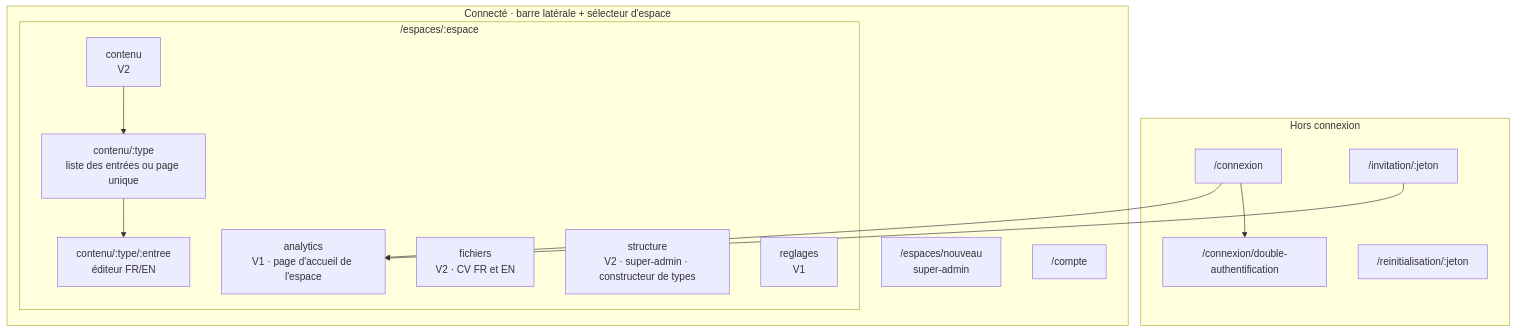
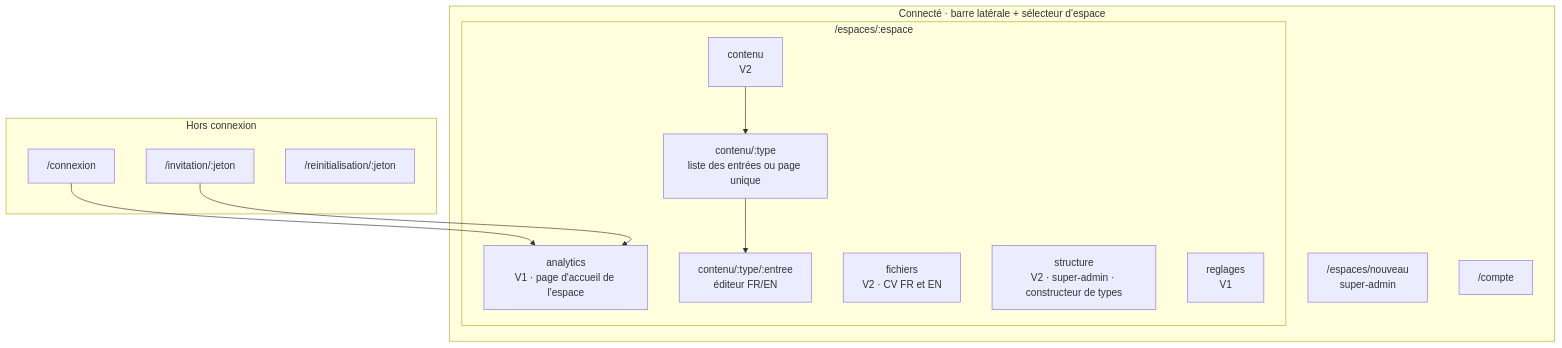
The first of 4 diagrams in docs/04-architecture-contenu-ux.md (K0Konut/Headless_CMS), drawn with Mermaid before and after one commit. The commit also changed other lines of this file and 2 other files, not shown here.

Commit message:
docs(prd): repousse la double authentification après la V1

````diff
--- a/docs/04-architecture-contenu-ux.md
+++ b/docs/04-architecture-contenu-ux.md
@@ -20,23 +20,23 @@
 ```mermaid
 flowchart TD
     subgraph Public["Hors connexion"]
-        L["/connexion"] --> T["/connexion/double-authentification"]
+        L["/connexion"]
         I["/invitation/:jeton"]
         R["/reinitialisation/:jeton"]
     end
     subgraph App["Connecté · barre latérale + sélecteur d'espace"]
         N["/espaces/nouveau<br/>super-admin"]
         subgraph E["/espaces/:espace"]
             A["analytics<br/>V1 · page d'accueil de l'espace"]
             C["contenu<br/>V2"]
             C --> CT["contenu/:type<br/>liste des entrées ou page unique"]
             CT --> CE["contenu/:type/:entree<br/>éditeur FR/EN"]
             F["fichiers<br/>V2 · CV FR et EN"]
             S["structure<br/>V2 · super-admin · constructeur de types"]
             G["reglages<br/>V1"]
         end
         K["/compte"]
     end
     L --> A
     I --> A
 ```
````
